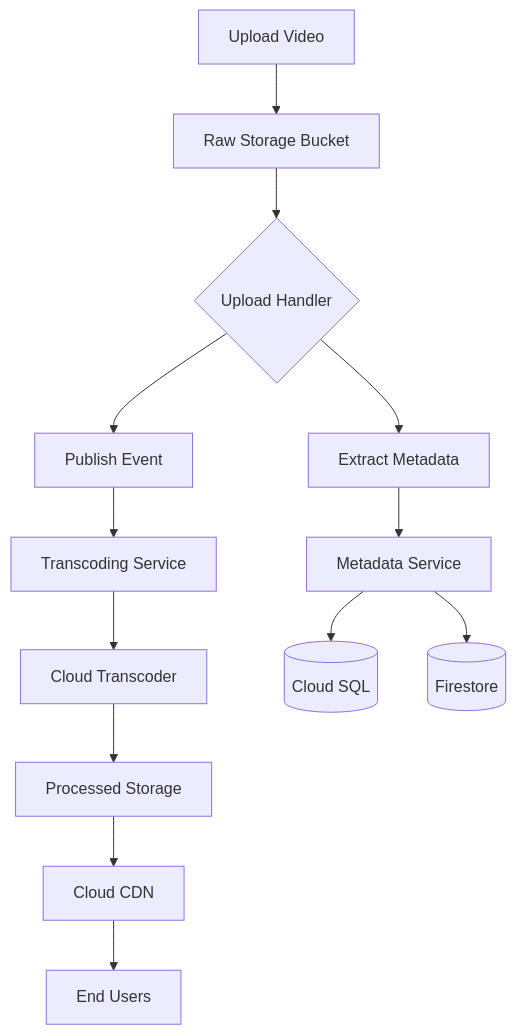
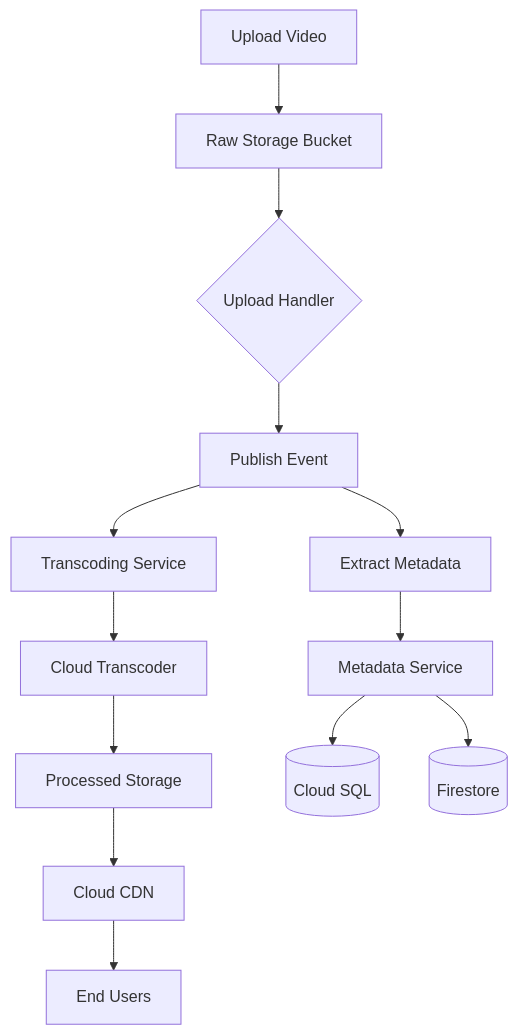
Before and after one commit to AmithSAI007/prj-cinematik-media-ingestion: the diagram in docs/ARCHITECTURE.md, drawn with Mermaid. The commit also changed other lines of this file, not shown here.

Commit message:
docs: changed flow diagram

````diff
--- a/docs/ARCHITECTURE.md
+++ b/docs/ARCHITECTURE.md
@@ -111,15 +9,15 @@
 ```mermaid
 graph TD
     A[Upload Video] --> B[Raw Storage Bucket]
     B --> C{Upload Handler}
-    C --> D[Extract Metadata]
     C --> E[Publish Event]
+    E --> D[Extract Metadata]
     E --> F[Transcoding Service]
     F --> G[Cloud Transcoder]
     G --> H[Processed Storage]
     D --> I[Metadata Service]
     I --> J[(Cloud SQL)]
     I --> K[(Firestore)]
     H --> L[Cloud CDN]
     L --> M[End Users]
 ```
````
